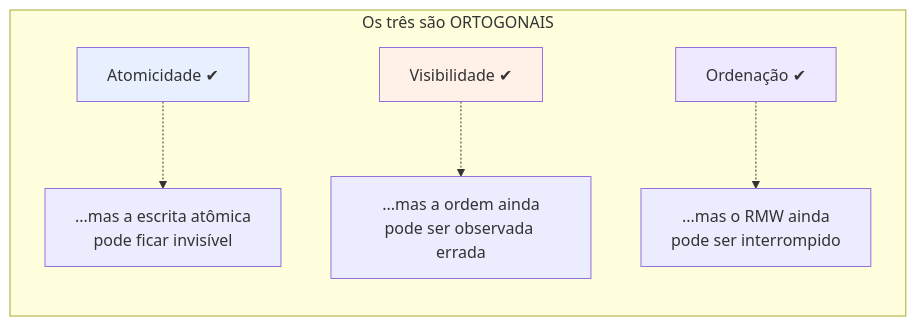
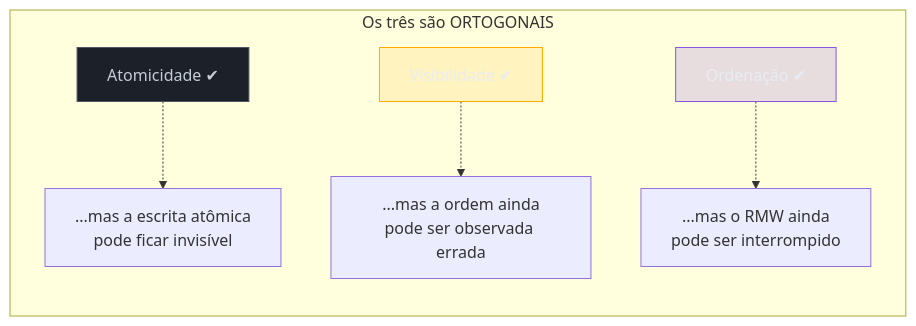
One commit to josenaldo/codex-technomanticus changed the fourth of 8 diagrams in 03-Dominios/Ciência/Concorrência e Paralelismo/04 - Atomicidade, visibilidade e ordenação.md. Above: the diagram before and after it, drawn with Mermaid. The commit also changed other lines of this file and 1181 other files, not shown here.

First line of the commit message:
fix(diagramas): paleta do sistema no lugar de cor cravada no markdown

````diff
--- a/03-Dominios/Ciência/Concorrência e Paralelismo/04 - Atomicidade, visibilidade e ordenação.md
+++ b/03-Dominios/Ciência/Concorrência e Paralelismo/04 - Atomicidade, visibilidade e ordenação.md
@@ -155,11 +160,14 @@
 ```mermaid
 flowchart LR
+    classDef neutro fill:#1B2029,stroke:#4E5666,color:#C6CCD8
+    classDef destaque fill:#FFAA0024,stroke:#FFAA00,color:#E9ECF2
+    classDef marca fill:#8855DF33,stroke:#8855DF,color:#E9ECF2
     subgraph ort["Os três são ORTOGONAIS"]
         A2["Atomicidade ✔"] -.-> nv["...mas a escrita atômica<br/>pode ficar invisível"]
         V2["Visibilidade ✔"] -.-> no["...mas a ordem ainda<br/>pode ser observada errada"]
         O2["Ordenação ✔"] -.-> na["...mas o RMW ainda<br/>pode ser interrompido"]
     end
-    style A2 fill:#e8f0ff
-    style V2 fill:#fff0e8
-    style O2 fill:#f0e8ff
+    class A2 neutro
+    class V2 destaque
+    class O2 marca
 ```
````
